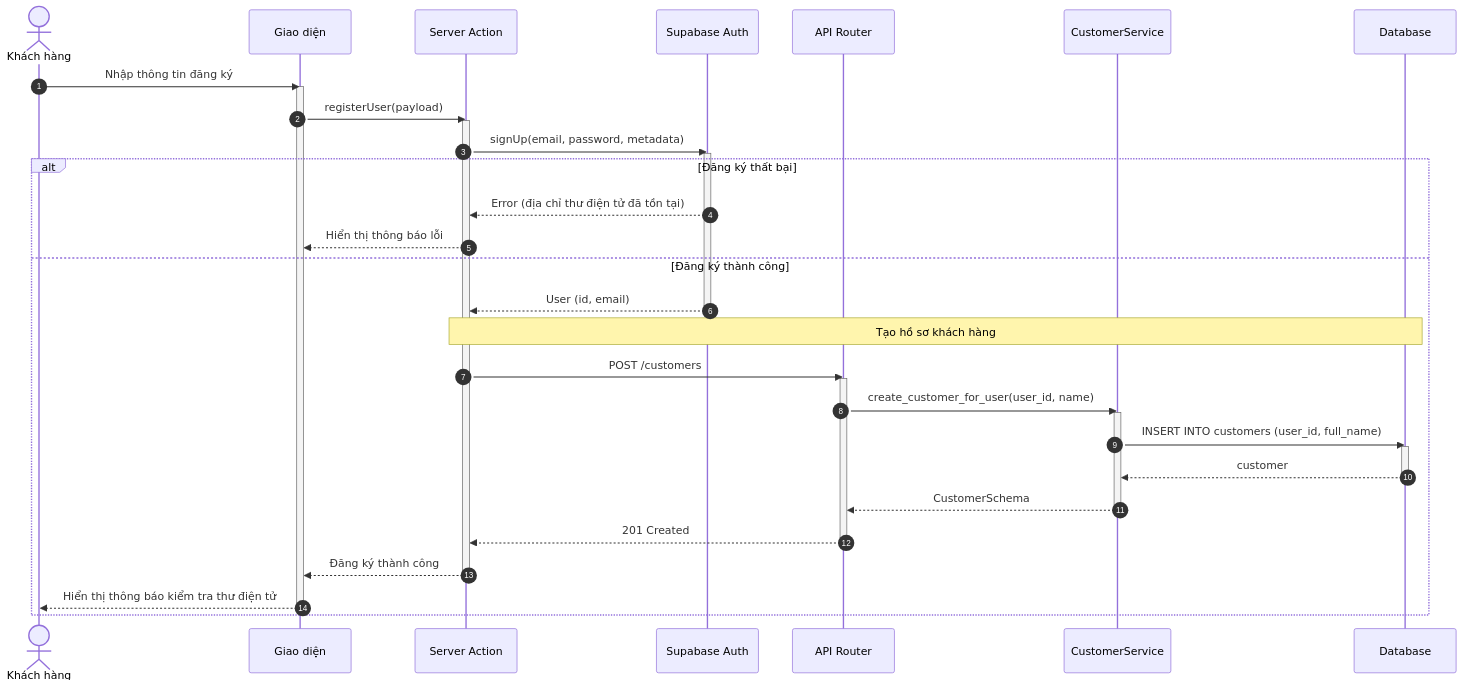
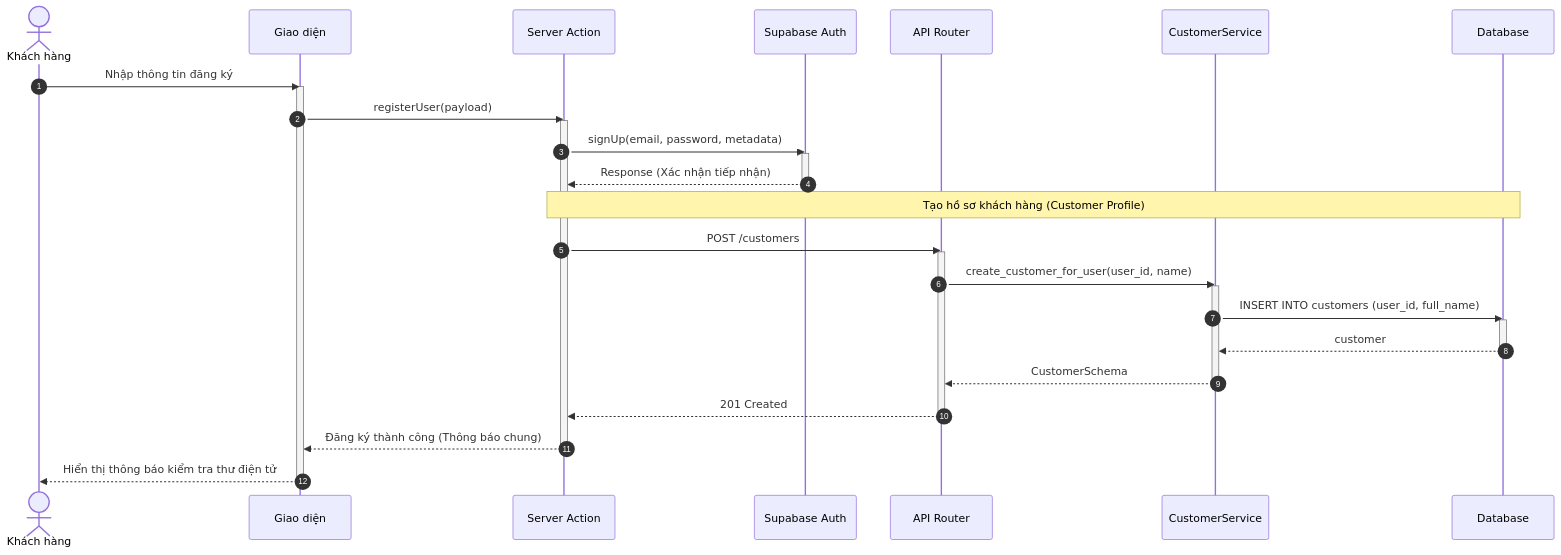
The first of 7 diagrams in docs/design/sequences/authentication.md (ngoctinn/Synapse), drawn with Mermaid before and after one commit. The commit also changed 9 other files, not shown here.

Commit message:
docs: Add initial design documentation for customer, receptionist, technician, and authentication flows, along with antigravity feature plans.

````diff
--- a/docs/design/sequences/authentication.md
+++ b/docs/design/sequences/authentication.md
@@ -28,46 +28,41 @@
 ```mermaid
 sequenceDiagram
     autonumber
     actor KH as Khách hàng
     participant UI as Giao diện
     participant BFF as Server Action
     participant SUPA as Supabase Auth
     participant API as API Router
     participant S as CustomerService
     participant DB as Database
 
     KH->>UI: Nhập thông tin đăng ký
     activate UI
     UI->>BFF: registerUser(payload)
     activate BFF
 
     BFF->>SUPA: signUp(email, password, metadata)
     activate SUPA
-    alt Đăng ký thất bại
-        SUPA-->>BFF: Error (địa chỉ thư điện tử đã tồn tại)
-        BFF-->>UI: Hiển thị thông báo lỗi
-    else Đăng ký thành công
-        SUPA-->>BFF: User (id, email)
-        deactivate SUPA
+    SUPA-->>BFF: Response (Xác nhận tiếp nhận)
+    deactivate SUPA
 
-        Note over BFF,DB: Tạo hồ sơ khách hàng
-        BFF->>API: POST /customers
-        activate API
-        API->>S: create_customer_for_user(user_id, name)
-        activate S
-        S->>DB: INSERT INTO customers (user_id, full_name)
-        activate DB
-        DB-->>S: customer
-        deactivate DB
-        S-->>API: CustomerSchema
-        deactivate S
-        API-->>BFF: 201 Created
-        deactivate API
+    Note over BFF,DB: Tạo hồ sơ khách hàng (Customer Profile)
+    BFF->>API: POST /customers
+    activate API
+    API->>S: create_customer_for_user(user_id, name)
+    activate S
+    S->>DB: INSERT INTO customers (user_id, full_name)
+    activate DB
+    DB-->>S: customer
+    deactivate DB
+    S-->>API: CustomerSchema
+    deactivate S
+    API-->>BFF: 201 Created
+    deactivate API
 
-        BFF-->>UI: Đăng ký thành công
-        deactivate BFF
+    BFF-->>UI: Đăng ký thành công (Thông báo chung)
+    deactivate BFF
 
-        UI-->>KH: Hiển thị thông báo kiểm tra thư điện tử
-        deactivate UI
-    end
+    UI-->>KH: Hiển thị thông báo kiểm tra thư điện tử
+    deactivate UI
 ```
````
